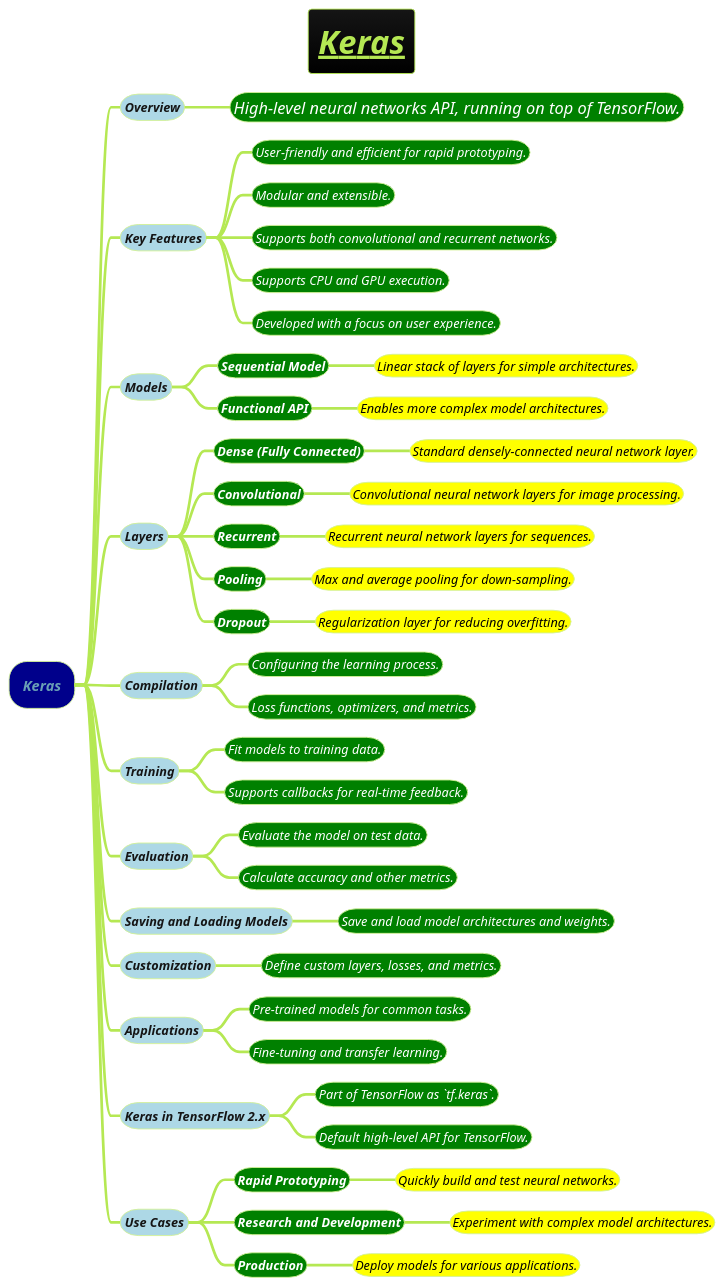
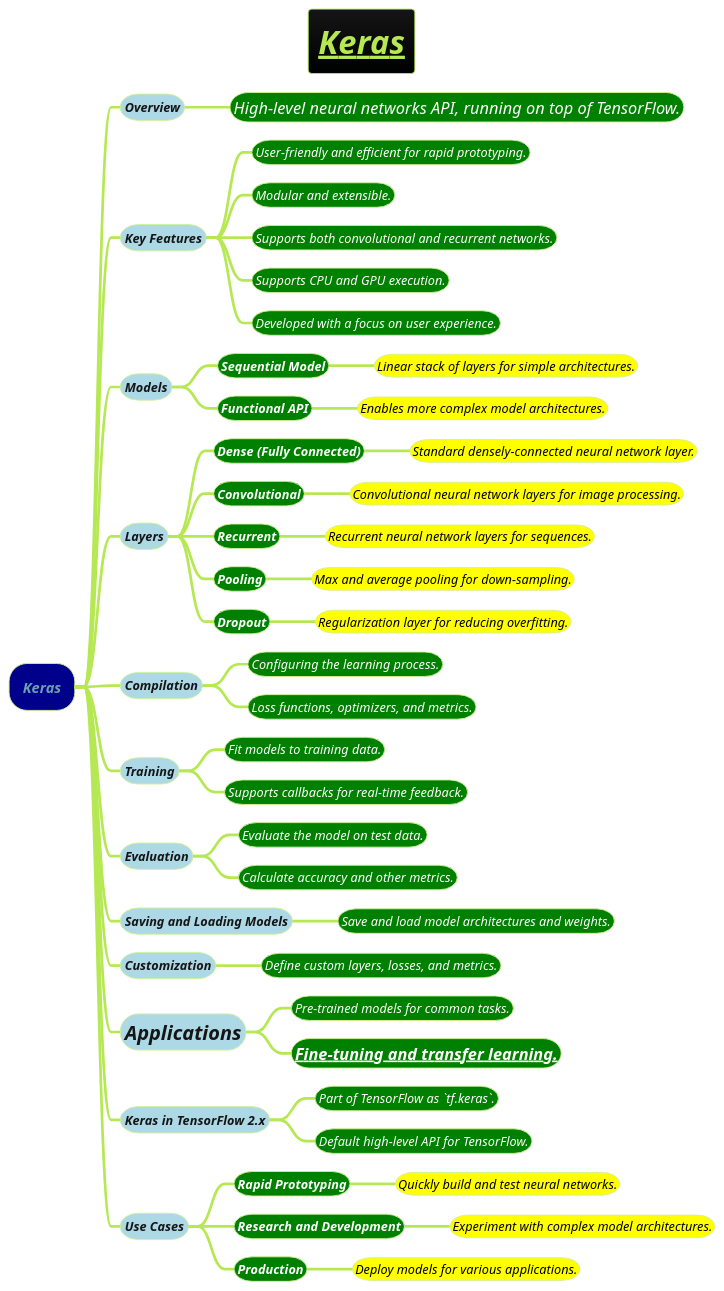
One commit to MehmoodHashmi/Documentation-as-Code-DaC changed the diagram in docs/AI-ML- DL-Data-Science-and-BigData/machine-learning-ML/tensorflow-by-google/Keras.puml. Above: the diagram before and after it, drawn with PlantUML. The commit also changed 14 other files, not shown here.

```diff
--- a/docs/AI-ML- DL-Data-Science-and-BigData/machine-learning-ML/tensorflow-by-google/Keras.puml
+++ b/docs/AI-ML- DL-Data-Science-and-BigData/machine-learning-ML/tensorflow-by-google/Keras.puml
@@ -1,57 +1,57 @@
 @startmindmap
 title =<i><b><u>Keras
 
 !theme hacker
 
 *[#darkblue] <i>Keras
 **[#lightblue] <i><size:14>Overview
 ***[#green] <color #white><i><size:18>High-level neural networks API, running on top of TensorFlow.
 **[#lightblue] <i><size:14>Key Features
 ***[#green] <color #white><i><size:14>User-friendly and efficient for rapid prototyping.
 ***[#green] <color #white><i><size:14>Modular and extensible.
 ***[#green] <color #white><i><size:14>Supports both convolutional and recurrent networks.
 ***[#green] <color #white><i><size:14>Supports CPU and GPU execution.
 ***[#green] <color #white><i><size:14>Developed with a focus on user experience.
 **[#lightblue] <i><size:14>Models
 ***[#green] <b><color #white><i><size:14>Sequential Model
 ****[#yellow] <color #black><i><size:14>Linear stack of layers for simple architectures.
 ***[#green] <b><color #white><i><size:14>Functional API
 ****[#yellow] <color #black><i><size:14>Enables more complex model architectures.
 **[#lightblue] <i><size:14>Layers
 ***[#green] <b><color #white><i><size:14>Dense (Fully Connected)
 ****[#yellow] <color #black><i><size:14>Standard densely-connected neural network layer.
 ***[#green] <b><color #white><i><size:14>Convolutional
 ****[#yellow] <color #black><i><size:14>Convolutional neural network layers for image processing.
 ***[#green] <b><color #white><i><size:14>Recurrent
 ****[#yellow] <color #black><i><size:14>Recurrent neural network layers for sequences.
 ***[#green] <b><color #white><i><size:14>Pooling
 ****[#yellow] <color #black><i><size:14>Max and average pooling for down-sampling.
 ***[#green] <b><color #white><i><size:14>Dropout
 ****[#yellow] <color #black><i><size:14>Regularization layer for reducing overfitting.
 **[#lightblue] <i><size:14>Compilation
 ***[#green] <color #white><i><size:14>Configuring the learning process.
 ***[#green] <color #white><i><size:14>Loss functions, optimizers, and metrics.
 **[#lightblue] <i><size:14>Training
 ***[#green] <color #white><i><size:14>Fit models to training data.
 ***[#green] <color #white><i><size:14>Supports callbacks for real-time feedback.
 **[#lightblue] <i><size:14>Evaluation
 ***[#green] <color #white><i><size:14>Evaluate the model on test data.
 ***[#green] <color #white><i><size:14>Calculate accuracy and other metrics.
 **[#lightblue] <i><size:14>Saving and Loading Models
 ***[#green] <color #white><i><size:14>Save and load model architectures and weights.
 **[#lightblue] <i><size:14>Customization
 ***[#green] <color #white><i><size:14>Define custom layers, losses, and metrics.
-**[#lightblue] <i><size:14>Applications
+**[#lightblue] <i><size:22>Applications
 ***[#green] <color #white><i><size:14>Pre-trained models for common tasks.
-***[#green] <color #white><i><size:14>Fine-tuning and transfer learning.
+***[#green] <color #white><i><size:18><b>[[../3-deep-learning-DL/Model-Fine-Tuning.puml Fine-tuning and transfer learning.]]
 **[#lightblue] <i><size:14>Keras in TensorFlow 2.x
 ***[#green] <color #white><i><size:14>Part of TensorFlow as `tf.keras`.
 ***[#green] <color #white><i><size:14>Default high-level API for TensorFlow.
 **[#lightblue] <i><size:14>Use Cases
 ***[#green] <b><color #white><i><size:14>Rapid Prototyping
 ****[#yellow] <color #black><i><size:14>Quickly build and test neural networks.
 ***[#green] <b><color #white><i><size:14>Research and Development
 ****[#yellow] <color #black><i><size:14>Experiment with complex model architectures.
 ***[#green] <b><color #white><i><size:14>Production
 ****[#yellow] <color #black><i><size:14>Deploy models for various applications.
 @endmindmap
```
